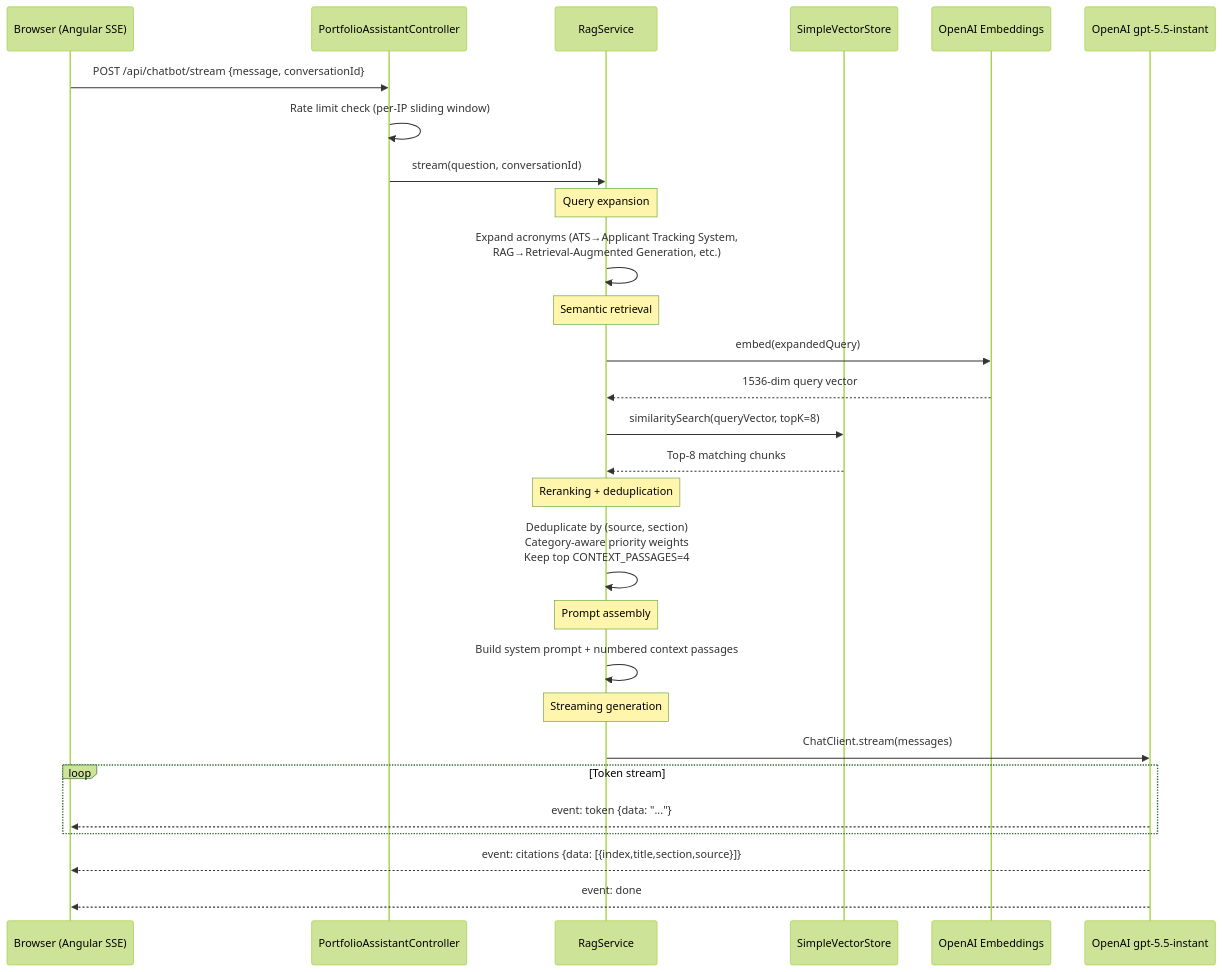
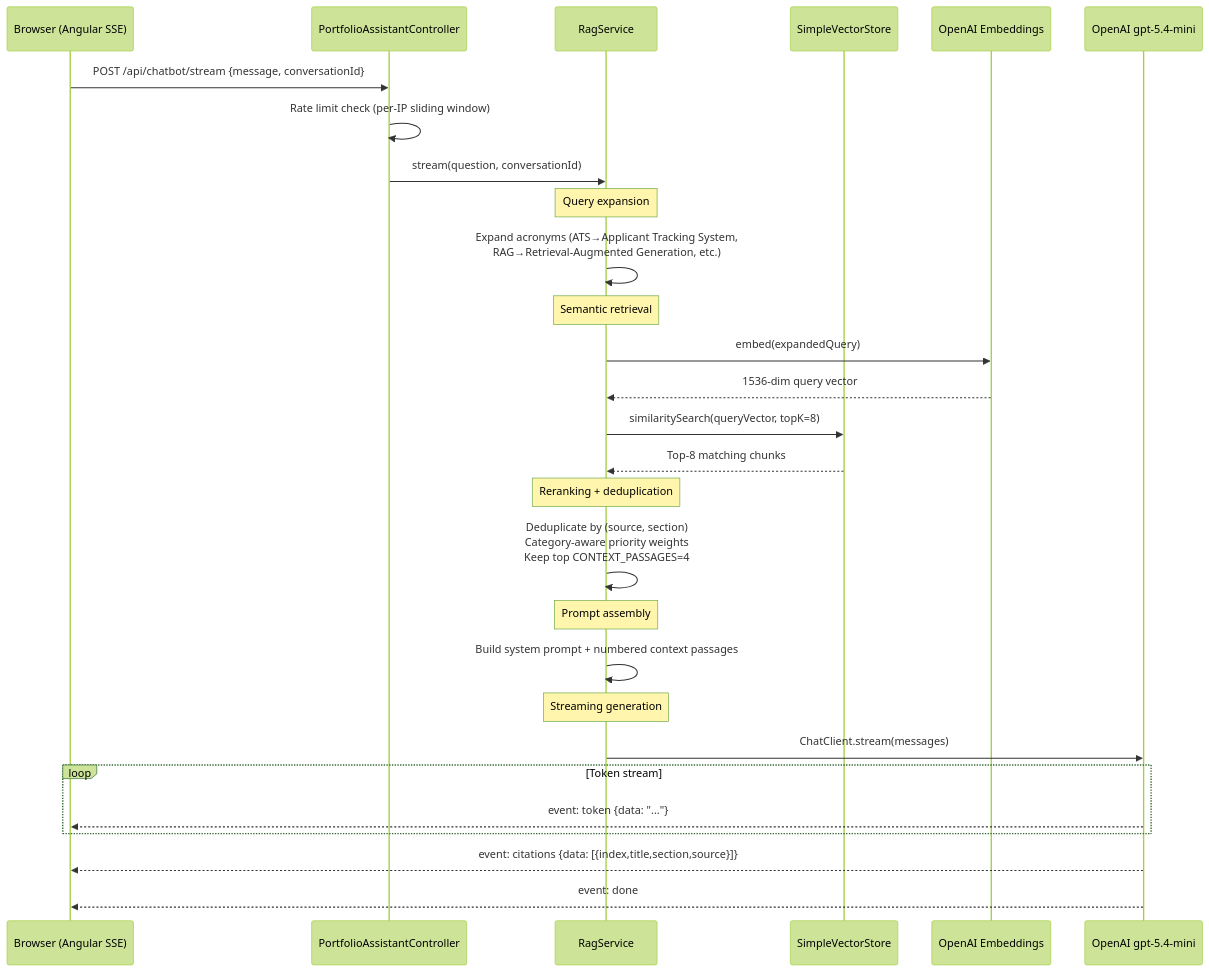
Before and after one commit to clark22134/MyPortfolioWebsite: the sixth of 16 diagrams in portfolio-chatbot-backend/target/classes/docs/ARCHITECTURE.md, drawn with Mermaid (forest theme). The commit also changed other lines of this file and 17 other files, not shown here.

````diff
--- a/portfolio-chatbot-backend/target/classes/docs/ARCHITECTURE.md
+++ b/portfolio-chatbot-backend/target/classes/docs/ARCHITECTURE.md
@@ -281,37 +281,37 @@
 ```mermaid
 sequenceDiagram
     participant B as Browser (Angular SSE)
     participant C as PortfolioAssistantController
     participant R as RagService
     participant V as SimpleVectorStore
     participant E as OpenAI Embeddings
-    participant L as OpenAI gpt-5.5-instant
+    participant L as OpenAI gpt-5.4-mini
 
     B->>C: POST /api/chatbot/stream {message, conversationId}
     C->>C: Rate limit check (per-IP sliding window)
 
     C->>R: stream(question, conversationId)
 
     Note over R: Query expansion
     R->>R: Expand acronyms (ATS→Applicant Tracking System,<br/>RAG→Retrieval-Augmented Generation, etc.)
 
     Note over R: Semantic retrieval
     R->>E: embed(expandedQuery)
     E-->>R: 1536-dim query vector
     R->>V: similaritySearch(queryVector, topK=8)
     V-->>R: Top-8 matching chunks
 
     Note over R: Reranking + deduplication
     R->>R: Deduplicate by (source, section)<br/>Category-aware priority weights<br/>Keep top CONTEXT_PASSAGES=4
 
     Note over R: Prompt assembly
     R->>R: Build system prompt + numbered context passages
 
     Note over R: Streaming generation
     R->>L: ChatClient.stream(messages)
     loop Token stream
         L-->>B: event: token  {data: "..."}
     end
     L-->>B: event: citations {data: [{index,title,section,source}]}
     L-->>B: event: done
 ```
````
